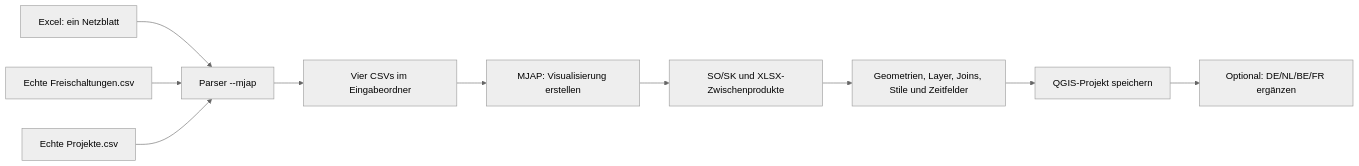
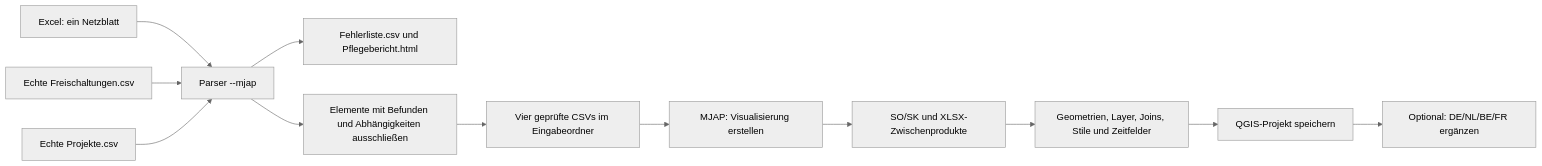
The diagram in docs/abbildungen/ablauf.mmd (hadiibrahim-Engin/parser), drawn with Mermaid (neutral theme) before and after one commit. The commit also changed 30 other files, not shown here.

```diff
--- a/docs/abbildungen/ablauf.mmd
+++ b/docs/abbildungen/ablauf.mmd
@@ -1,10 +1,12 @@
 flowchart LR
   E[Excel: ein Netzblatt] --> P[Parser --mjap]
   F[Echte Freischaltungen.csv] --> P
   J[Echte Projekte.csv] --> P
-  P --> C[Vier CSVs im Eingabeordner]
+  P --> R[Fehlerliste.csv und Pflegebericht.html]
+  P --> A[Elemente mit Befunden und Abhängigkeiten ausschließen]
+  A --> C[Vier geprüfte CSVs im Eingabeordner]
   C --> M[MJAP: Visualisierung erstellen]
   M --> Z[SO/SK und XLSX-Zwischenprodukte]
   Z --> G[Geometrien, Layer, Joins, Stile und Zeitfelder]
   G --> Q[QGIS-Projekt speichern]
   Q --> L[Optional: DE/NL/BE/FR ergänzen]
```
